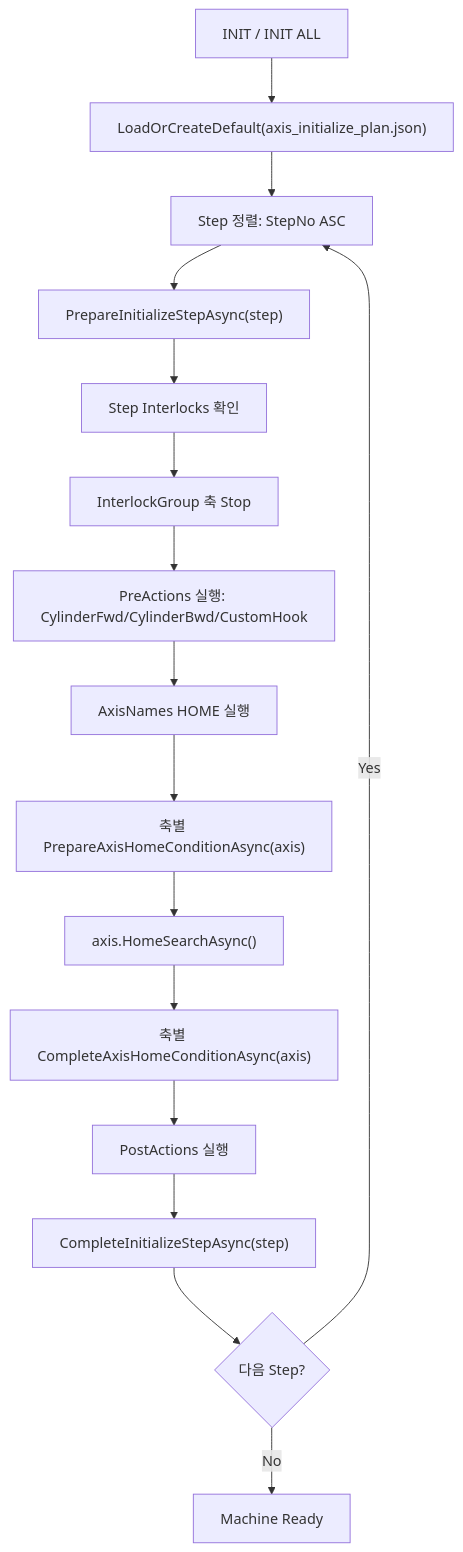
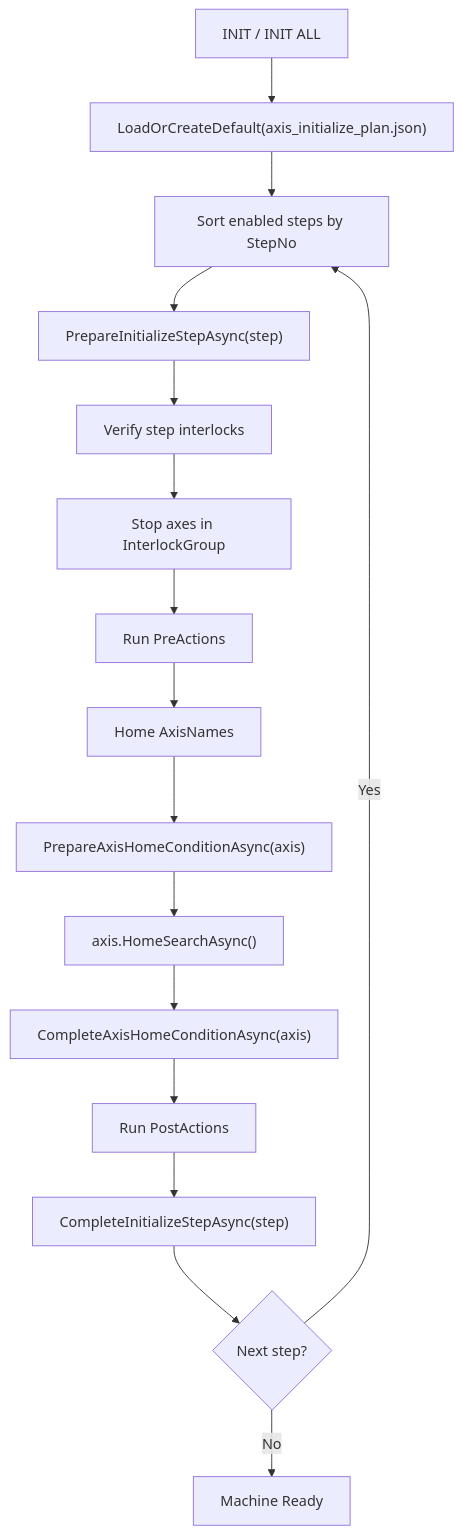
One commit to gyn7972/CDT-320 changed the diagram in QMC.CDT-320/Docs/InitializationSequence.md. Above: the diagram before and after it, drawn with Mermaid. The commit also changed other lines of this file and 7 other files, not shown here.

````diff
--- a/QMC.CDT-320/Docs/InitializationSequence.md
+++ b/QMC.CDT-320/Docs/InitializationSequence.md
@@ -7,18 +7,18 @@
 ```mermaid
 flowchart TD
     A["INIT / INIT ALL"] --> B["LoadOrCreateDefault(axis_initialize_plan.json)"]
-    B --> C["Step 정렬: StepNo ASC"]
+    B --> C["Sort enabled steps by StepNo"]
     C --> D["PrepareInitializeStepAsync(step)"]
-    D --> E["Step Interlocks 확인"]
-    E --> F["InterlockGroup 축 Stop"]
-    F --> G["PreActions 실행: CylinderFwd/CylinderBwd/CustomHook"]
-    G --> H["AxisNames HOME 실행"]
-    H --> I["축별 PrepareAxisHomeConditionAsync(axis)"]
+    D --> E["Verify step interlocks"]
+    E --> F["Stop axes in InterlockGroup"]
+    F --> G["Run PreActions"]
+    G --> H["Home AxisNames"]
+    H --> I["PrepareAxisHomeConditionAsync(axis)"]
     I --> J["axis.HomeSearchAsync()"]
-    J --> K["축별 CompleteAxisHomeConditionAsync(axis)"]
-    K --> L["PostActions 실행"]
+    J --> K["CompleteAxisHomeConditionAsync(axis)"]
+    K --> L["Run PostActions"]
     L --> M["CompleteInitializeStepAsync(step)"]
-    M --> N{"다음 Step?"}
+    M --> N{"Next step?"}
     N -->|Yes| C
     N -->|No| O["Machine Ready"]
 ```
````
